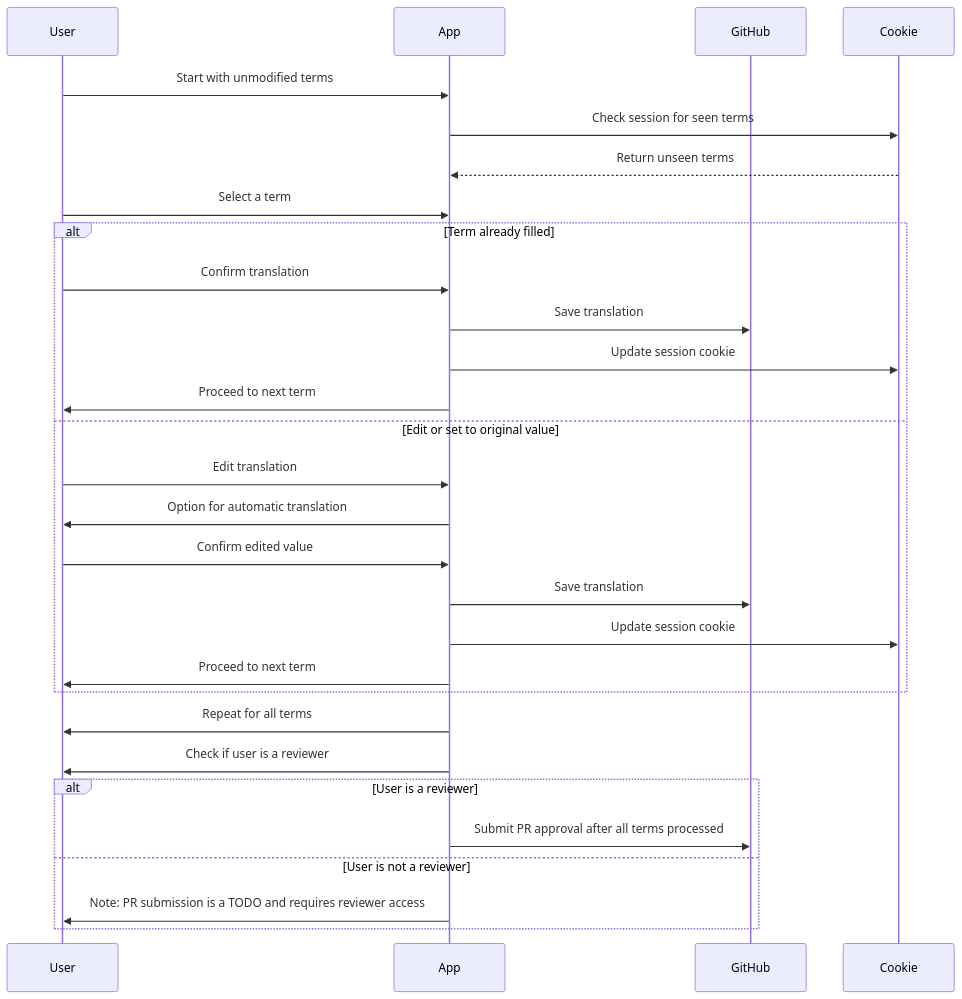
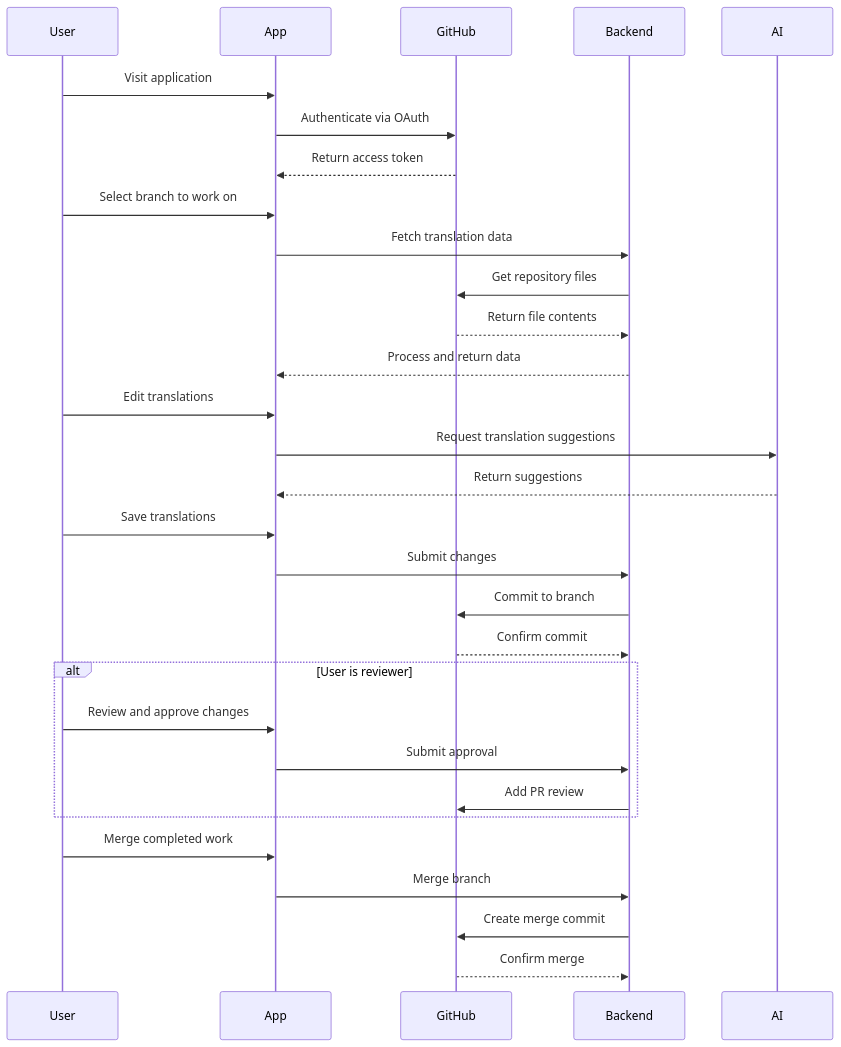
The diagram in README.md (marine-term-translations/React-Front-End), drawn with Mermaid before and after one commit. The commit also changed other lines of this file and 6 other files, not shown here.

Commit message:
Complete comprehensive documentation with API, routing, state management, contributing guidelines, architecture overview, and updated README

````diff
--- a/README.md
+++ b/README.md
@@ -4,32 +59,38 @@
 ```mermaid
 sequenceDiagram
     participant User
     participant App
     participant GitHub
-    participant Cookie
+    participant Backend
+    participant AI
 
-    User->>App: Start with unmodified terms
-    App->>Cookie: Check session for seen terms
-    Cookie-->>App: Return unseen terms
-    User->>App: Select a term
-    alt Term already filled
-        User->>App: Confirm translation
-        App->>GitHub: Save translation
-        App->>Cookie: Update session cookie
-        App->>User: Proceed to next term
-    else Edit or set to original value
-        User->>App: Edit translation
-        App->>User: Option for automatic translation
-        User->>App: Confirm edited value
-        App->>GitHub: Save translation
-        App->>Cookie: Update session cookie
-        App->>User: Proceed to next term
+    User->>App: Visit application
+    App->>GitHub: Authenticate via OAuth
+    GitHub-->>App: Return access token
+    
+    User->>App: Select branch to work on
+    App->>Backend: Fetch translation data
+    Backend->>GitHub: Get repository files
+    GitHub-->>Backend: Return file contents
+    Backend-->>App: Process and return data
+    
+    User->>App: Edit translations
+    App->>AI: Request translation suggestions
+    AI-->>App: Return suggestions
+    
+    User->>App: Save translations
+    App->>Backend: Submit changes
+    Backend->>GitHub: Commit to branch
+    GitHub-->>Backend: Confirm commit
+    
+    alt User is reviewer
+        User->>App: Review and approve changes
+        App->>Backend: Submit approval
+        Backend->>GitHub: Add PR review
     end
-    App->>User: Repeat for all terms
-    App->>User: Check if user is a reviewer
-    alt User is a reviewer
-        App->>GitHub: Submit PR approval after all terms processed
-    else User is not a reviewer
-        App->>User: Note: PR submission is a TODO and requires reviewer access
-    end
+    
+    User->>App: Merge completed work
+    App->>Backend: Merge branch
+    Backend->>GitHub: Create merge commit
+    GitHub-->>Backend: Confirm merge
 ```
````
